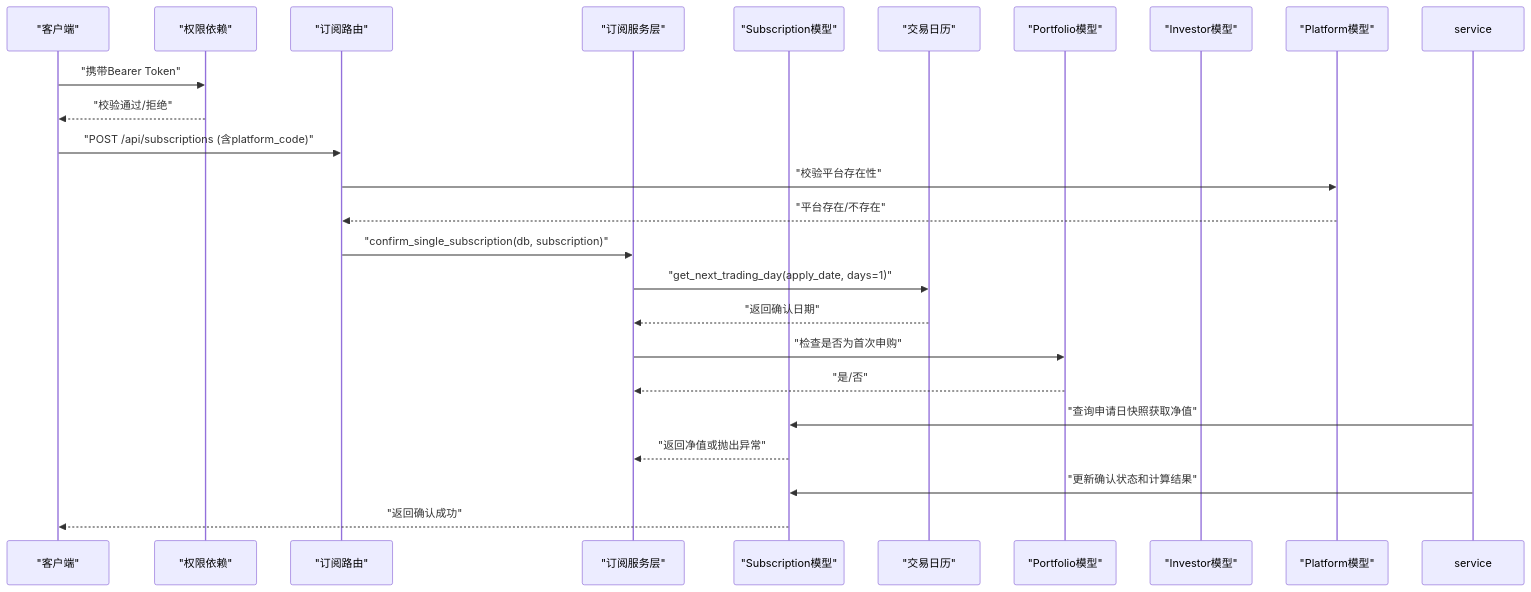
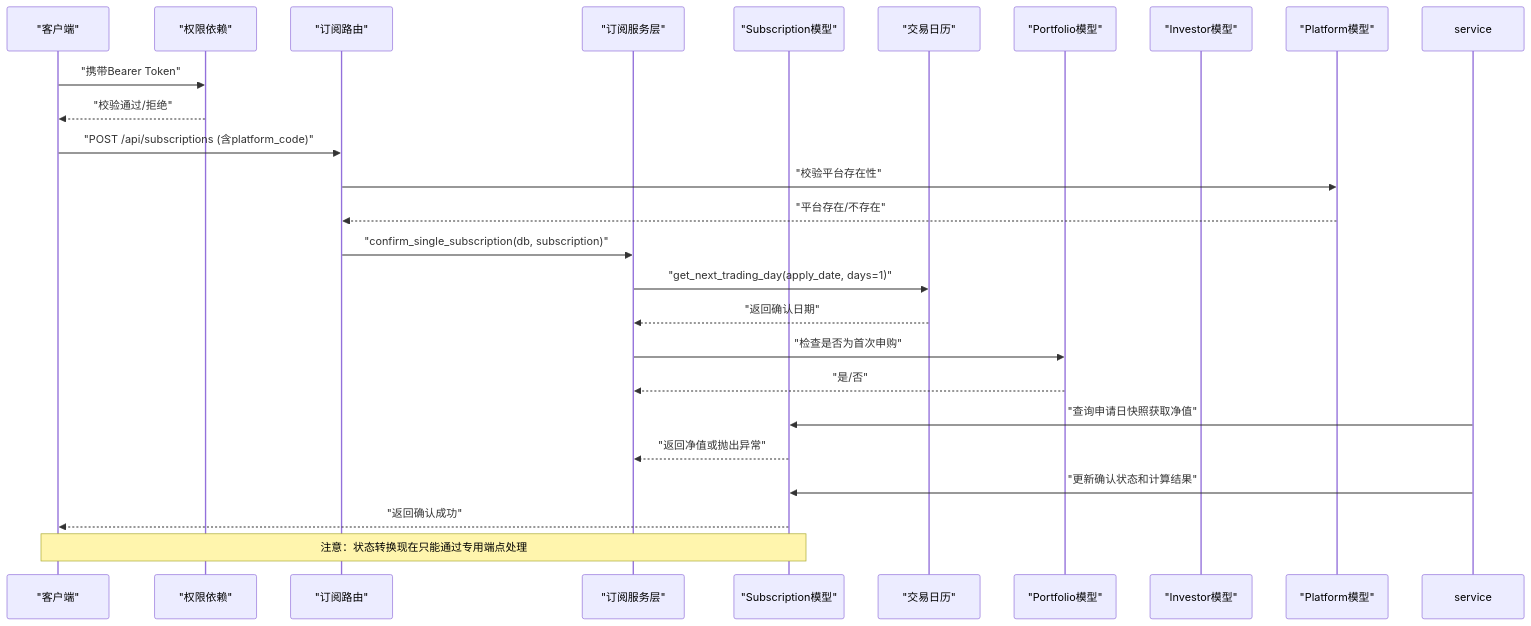
Before and after one commit to gujialind/InvestRing: the third of 9 diagrams in .qoder/repowiki/zh/content/后端API文档/申购赎回API.md, drawn with Mermaid. The commit also changed other lines of this file and 28 other files, not shown here.

````diff
--- a/.qoder/repowiki/zh/content/后端API文档/申购赎回API.md
+++ b/.qoder/repowiki/zh/content/后端API文档/申购赎回API.md
@@ -204,26 +209,27 @@
 ```mermaid
 sequenceDiagram
 participant 客户端 as "客户端"
 participant 认证 as "权限依赖"
 participant 路由 as "订阅路由"
 participant 服务 as "订阅服务层"
 participant 模型 as "Subscription模型"
 participant 日历 as "交易日历"
 participant 组合 as "Portfolio模型"
 participant 投资者 as "Investor模型"
 participant 平台 as "Platform模型"
 客户端->>认证 : "携带Bearer Token"
 认证-->>客户端 : "校验通过/拒绝"
 客户端->>路由 : "POST /api/subscriptions (含platform_code)"
 路由->>平台 : "校验平台存在性"
 平台-->>路由 : "平台存在/不存在"
 路由->>服务 : "confirm_single_subscription(db, subscription)"
 服务->>日历 : "get_next_trading_day(apply_date, days=1)"
 日历-->>服务 : "返回确认日期"
 服务->>组合 : "检查是否为首次申购"
 组合-->>服务 : "是/否"
 service->>模型 : "查询申请日快照获取净值"
 模型-->>服务 : "返回净值或抛出异常"
 service->>模型 : "更新确认状态和计算结果"
 模型-->>客户端 : "返回确认成功"
+Note over 客户端,模型 : 注意：状态转换现在只能通过专用端点处理
 ```
````
